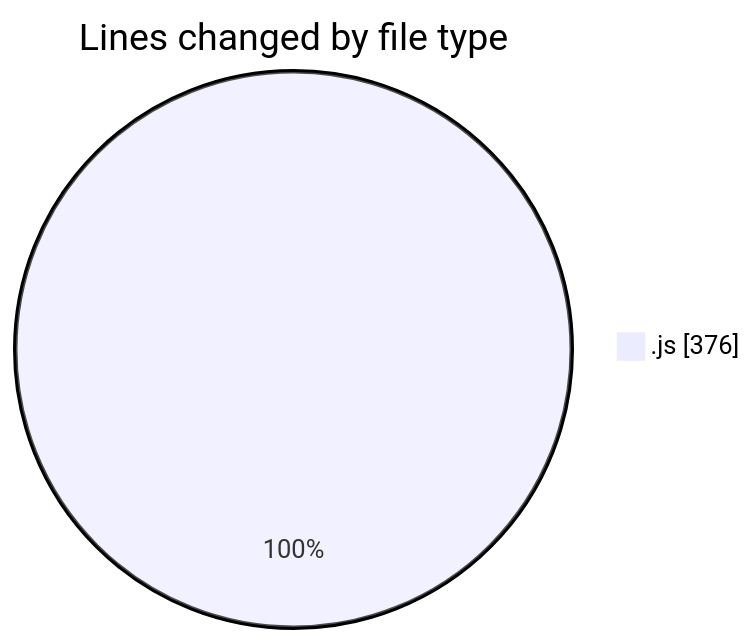
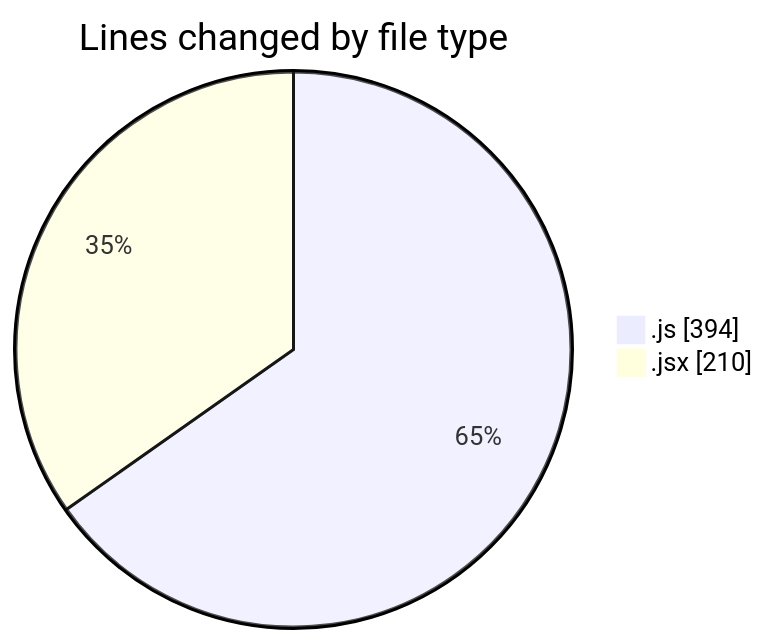
Before and after one commit to nxtqubesakshisongat/code-tracking: the first of 2 diagrams in 2025-08-28/nxtqube_webapp/README.md, drawn with Mermaid. The commit also changed other lines of this file and 1 other file, not shown here.

````diff
--- a/2025-08-28/nxtqube_webapp/README.md
+++ b/2025-08-28/nxtqube_webapp/README.md
@@ -20,5 +21,6 @@
 ```mermaid
 pie showData
 title Lines changed by file type
-".js" : 376
+".js" : 394
+".jsx" : 210
 ```
````
